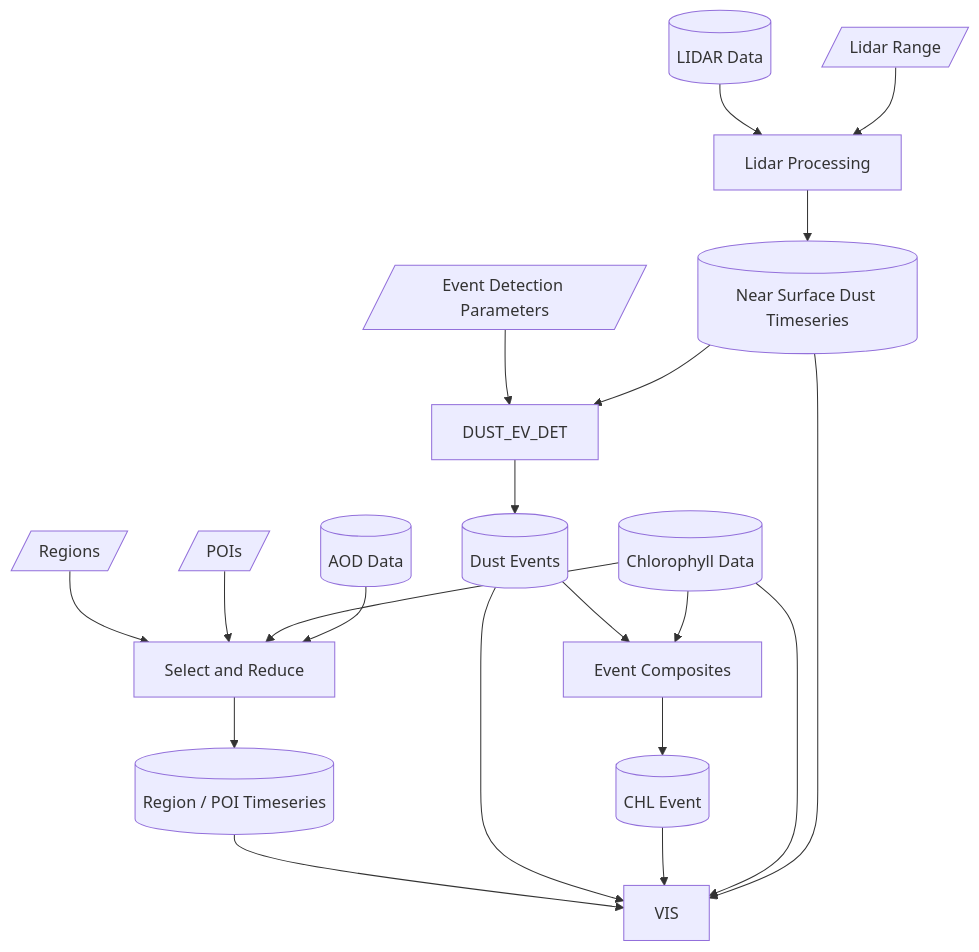
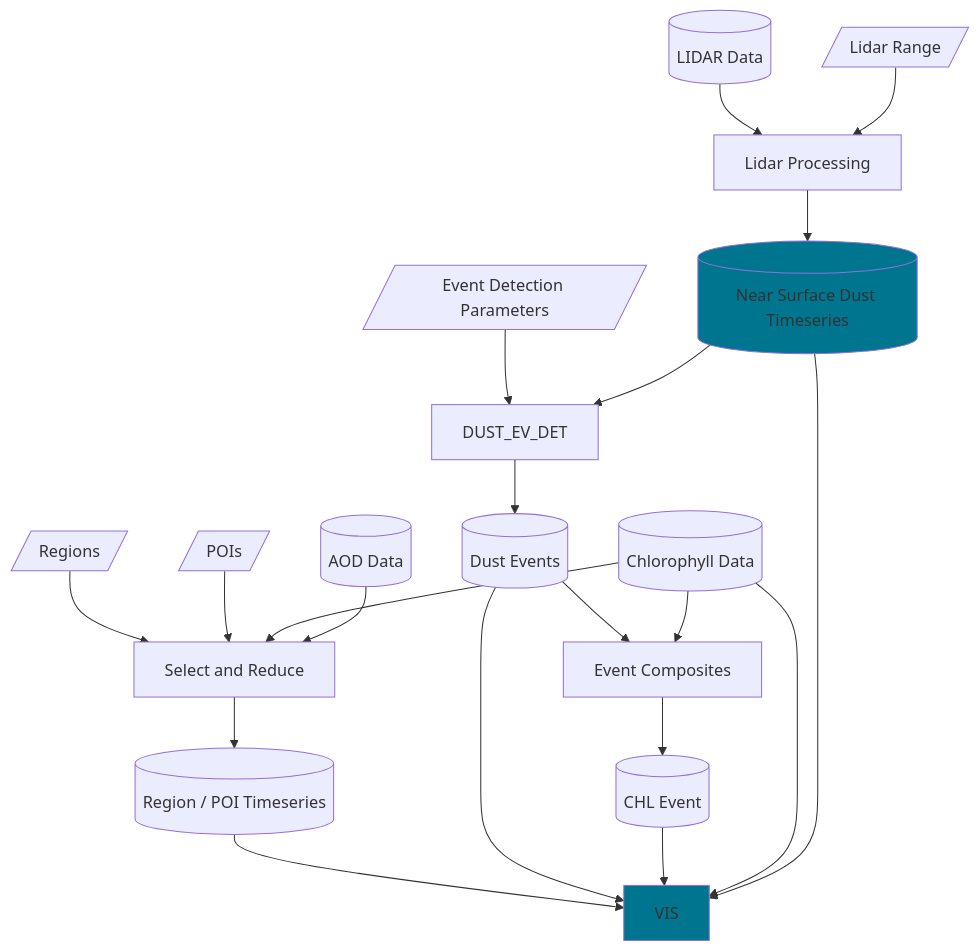
Before and after one commit to mardatade/Cabo-Verde-Dust: the diagram in README.md, drawn with Mermaid.

Commit message:
Highlight elements which are done

````diff
--- a/README.md
+++ b/README.md
@@ -7,46 +7,50 @@
 ```mermaid
 flowchart TD
     %% datasets
     LIDAR[(LIDAR Data)]
     AOD[(AOD Data)]
     CHL[(Chlorophyll Data)]
     NSDST[(Near Surface Dust Timeseries)]
     REG_POI_TS[(Region / POI Timeseries)]
     DST_Events[(Dust Events)]
     CHL_Comp[(CHL Event)]
 
     %% user choices
     RGS[/Regions/]
     POI[/POIs/]
     LIDAR_RNG[/Lidar Range/]
     EVPRM[/Event Detection Parameters/]
 
     %% Process LIDAR data
     LIDAR --> LDRPRC[Lidar Processing]
     LIDAR_RNG --> LDRPRC
     LDRPRC --> NSDST
 
     %% Visualize
     REG_POI_TS --> VIS
     DST_Events --> VIS
     CHL_Comp --> VIS
     CHL --> VIS
     NSDST --> VIS
     
     %% Select timesereis
     RGS --> SLCT_RED
     POI --> SLCT_RED
     CHL --> SLCT_RED
     AOD --> SLCT_RED[Select and Reduce]
     SLCT_RED --> REG_POI_TS
 
     %% Event detection
     EVPRM --> DUST_EV_DET
     NSDST --> DUST_EV_DET
     DUST_EV_DET --> DST_Events
 
     %% Event Composite
     DST_Events --> EV_COMP[Event Composites]
     CHL --> EV_COMP
     EV_COMP --> CHL_Comp
+
+    %% style those elements which exist
+    style NSDST fill:#00758f
+    style VIS fill:#00758f
 ```
````
